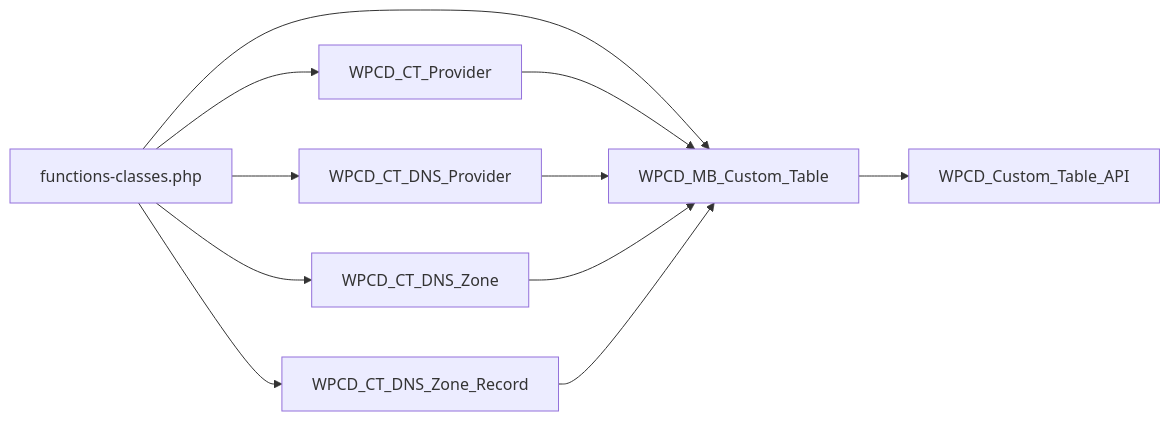
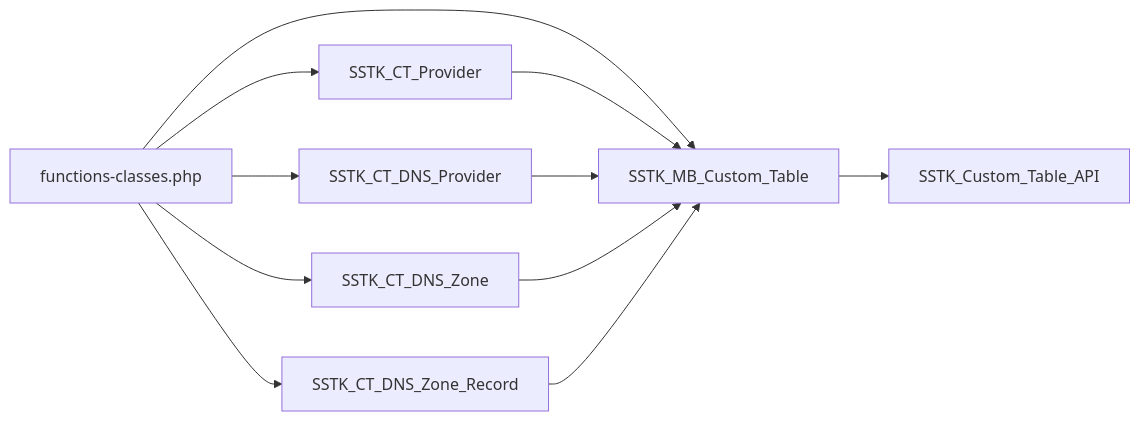
Before and after one commit to onedogsolutions/simple-stack: the fifth of 5 diagrams in .qoder/repowiki/en/content/Data Management/Custom Database Tables/Table Abstraction Layer.md, drawn with Mermaid. The commit also changed other lines of this file and 5941 other files, not shown here.

````diff
--- a/.qoder/repowiki/en/content/Data Management/Custom Database Tables/Table Abstraction Layer.md
+++ b/.qoder/repowiki/en/content/Data Management/Custom Database Tables/Table Abstraction Layer.md
@@ -525,13 +525,13 @@
 ```mermaid
 graph LR
-Boot["functions-classes.php"] --> CT_Base["WPCD_MB_Custom_Table"]
-Boot --> Provider["WPCD_CT_Provider"]
-Boot --> DNSProv["WPCD_CT_DNS_Provider"]
-Boot --> DNSZone["WPCD_CT_DNS_Zone"]
-Boot --> DNSRec["WPCD_CT_DNS_Zone_Record"]
+Boot["functions-classes.php"] --> CT_Base["SSTK_MB_Custom_Table"]
+Boot --> Provider["SSTK_CT_Provider"]
+Boot --> DNSProv["SSTK_CT_DNS_Provider"]
+Boot --> DNSZone["SSTK_CT_DNS_Zone"]
+Boot --> DNSRec["SSTK_CT_DNS_Zone_Record"]
 Provider --> CT_Base
 DNSProv --> CT_Base
 DNSZone --> CT_Base
 DNSRec --> CT_Base
-CT_Base --> API["WPCD_Custom_Table_API"]
+CT_Base --> API["SSTK_Custom_Table_API"]
 ```
````
